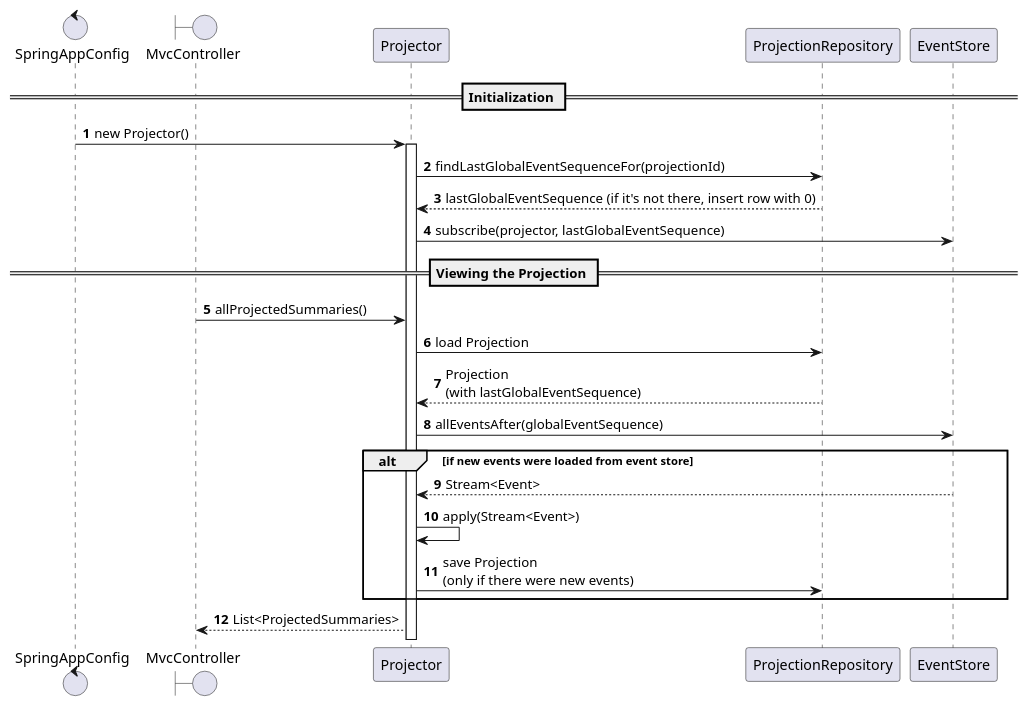
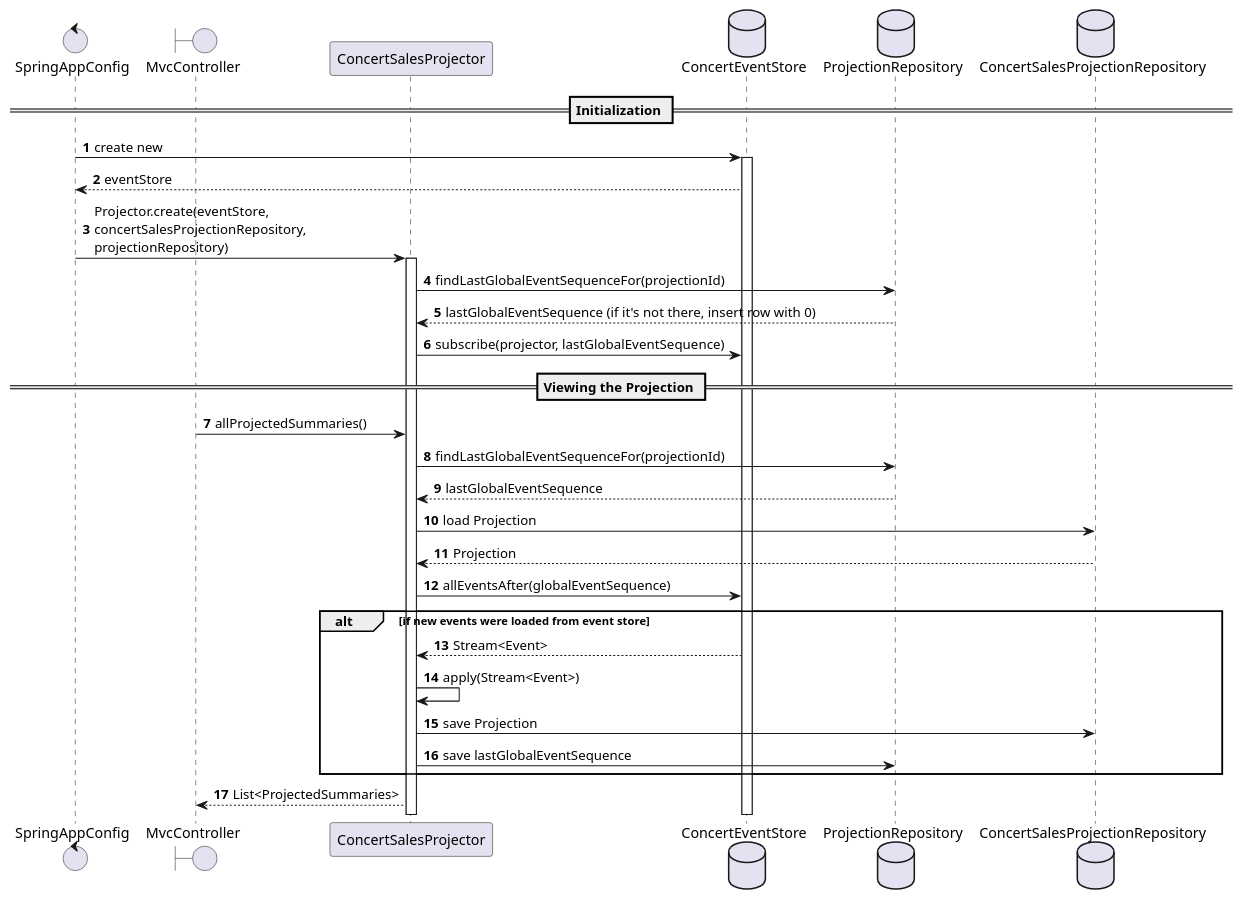
The diagram in projector-start-up.puml (jitterted/jitterticket-event-sourced), drawn with PlantUML before and after one commit. The commit also changed 11 other files, not shown here.

First line of the commit message:
preparing for tracking the global event sequence in the sales projector

```diff
--- a/projector-start-up.puml
+++ b/projector-start-up.puml
@@ -1,31 +1,41 @@
 @startuml
 'https://plantuml.com/sequence-diagram
 
 autonumber
 
 control SpringAppConfig
 boundary MvcController
+participant ConcertSalesProjector
+database ConcertEventStore
+database ProjectionRepository
+database ConcertSalesProjectionRepository
 
 == Initialization ==
 
-SpringAppConfig -> Projector: new Projector()
-activate Projector
-Projector -> ProjectionRepository: findLastGlobalEventSequenceFor(projectionId)
-ProjectionRepository --> Projector: lastGlobalEventSequence (if it's not there, insert row with 0)
-Projector -> EventStore: subscribe(projector, lastGlobalEventSequence)
+SpringAppConfig -> ConcertEventStore: create new
+activate ConcertEventStore
+ConcertEventStore --> SpringAppConfig: eventStore
+SpringAppConfig -> ConcertSalesProjector: Projector.create(eventStore,\nconcertSalesProjectionRepository,\nprojectionRepository)
+activate ConcertSalesProjector
+ConcertSalesProjector -> ProjectionRepository: findLastGlobalEventSequenceFor(projectionId)
+ProjectionRepository --> ConcertSalesProjector: lastGlobalEventSequence (if it's not there, insert row with 0)
+ConcertSalesProjector -> ConcertEventStore: subscribe(projector, lastGlobalEventSequence)
 
 == Viewing the Projection ==
 
-MvcController -> Projector: allProjectedSummaries()
-Projector -> ProjectionRepository: load Projection
-ProjectionRepository --> Projector: Projection\n(with lastGlobalEventSequence)
-Projector -> EventStore: allEventsAfter(globalEventSequence)
+MvcController -> ConcertSalesProjector: allProjectedSummaries()
+ConcertSalesProjector -> ProjectionRepository: findLastGlobalEventSequenceFor(projectionId)
+ProjectionRepository --> ConcertSalesProjector: lastGlobalEventSequence
+ConcertSalesProjector -> ConcertSalesProjectionRepository: load Projection
+ConcertSalesProjectionRepository --> ConcertSalesProjector: Projection
+ConcertSalesProjector -> ConcertEventStore: allEventsAfter(globalEventSequence)
 alt if new events were loaded from event store
-    EventStore --> Projector: Stream<Event>
-    Projector -> Projector: apply(Stream<Event>)
-    Projector -> ProjectionRepository: save Projection\n(only if there were new events)
+    ConcertEventStore --> ConcertSalesProjector: Stream<Event>
+    ConcertSalesProjector -> ConcertSalesProjector: apply(Stream<Event>)
+    ConcertSalesProjector -> ConcertSalesProjectionRepository: save Projection
+    ConcertSalesProjector -> ProjectionRepository: save lastGlobalEventSequence
 end
 
-Projector --> MvcController: List<ProjectedSummaries>
+ConcertSalesProjector --> MvcController: List<ProjectedSummaries>
 
 @enduml
```
